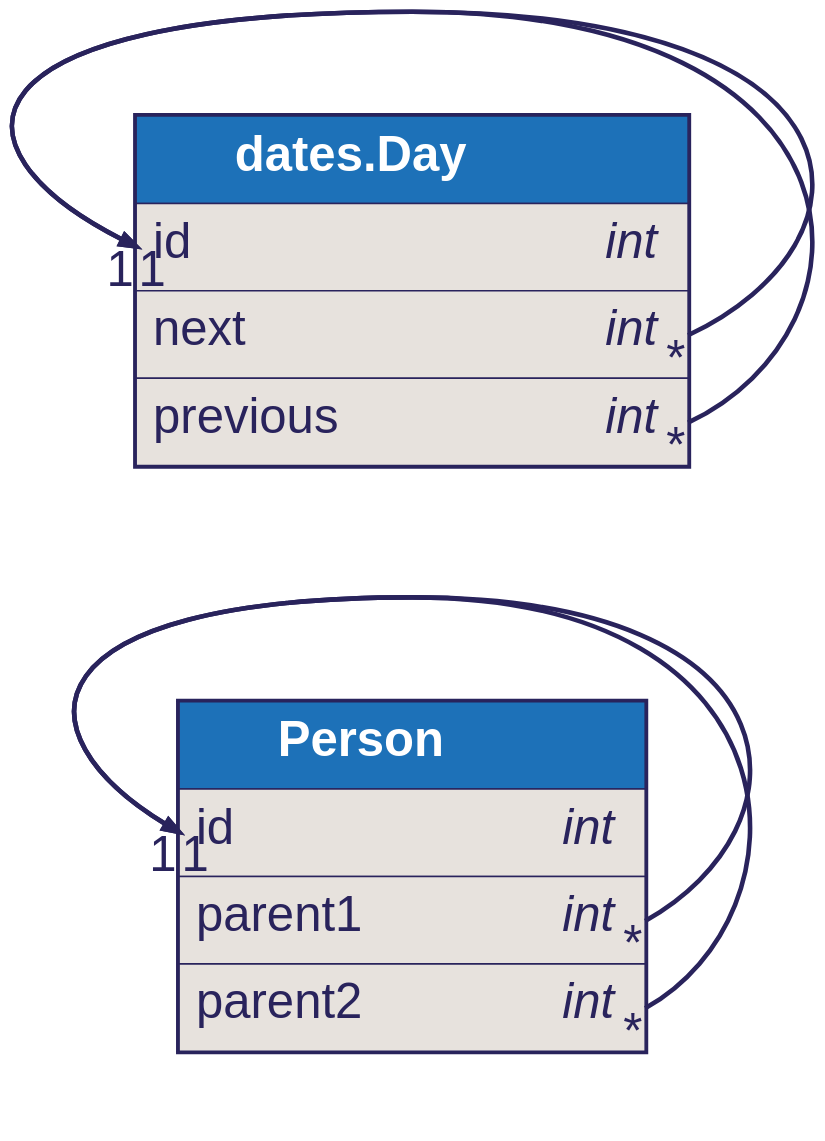
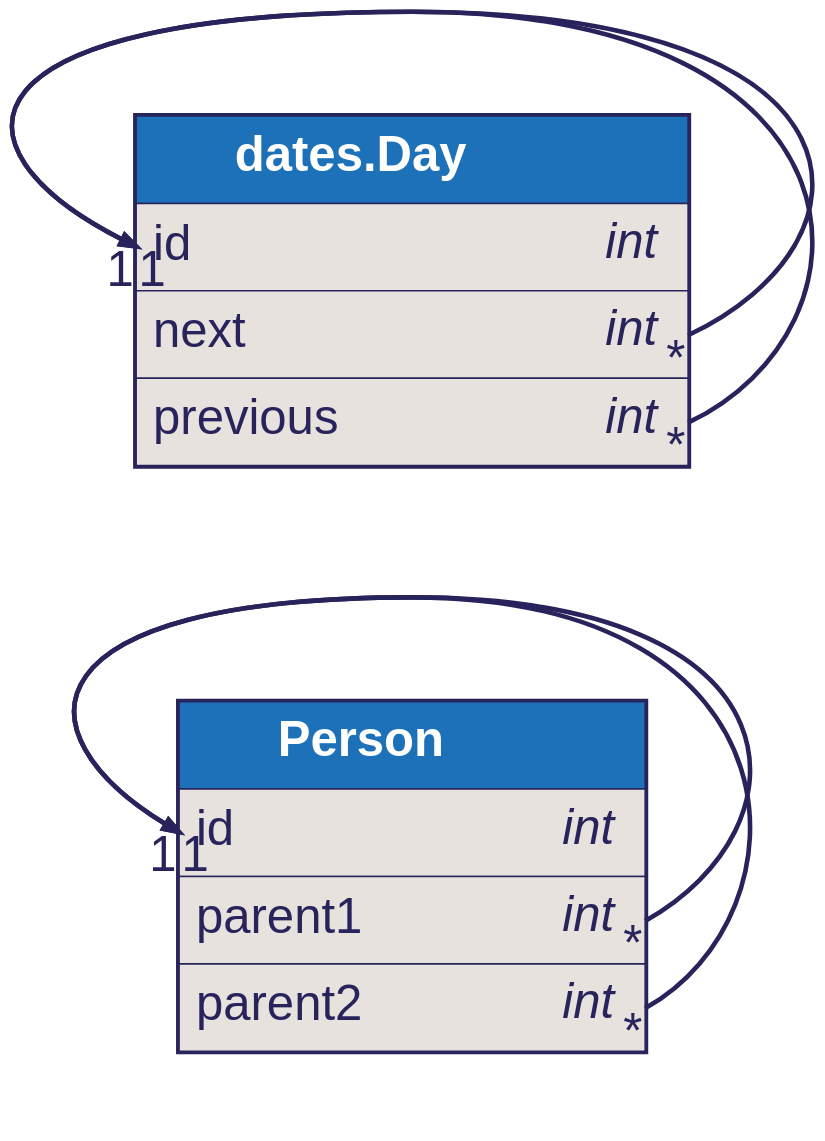
The diagram in examples/aliases.dbml.dot (softwaretechnik-berlin/dbml-renderer), drawn with Graphviz before and after one commit. The commit also changed 32 other files, not shown here.

```diff
--- a/examples/aliases.dbml.dot
+++ b/examples/aliases.dbml.dot
@@ -1,72 +1,72 @@
 digraph dbml {
       rankdir=LR;
       graph [fontname="helvetica", fontsize=32, fontcolor="#29235c", bgcolor="transparent"];
       node [penwidth=0, margin=0, fontname="helvetica", fontsize=32, fontcolor="#29235c"];
       edge [fontname="helvetica", fontsize=32, fontcolor="#29235c", color="#29235c"];
 
       
       
-      "Person" [id="Person";label=<<TABLE BORDER="2" COLOR="#29235c" CELLBORDER="1" CELLSPACING="0" CELLPADDING="10" >
-      <TR><TD PORT="f0" BGCOLOR="#1d71b8"><font color="#ffffff"><B>       Person       </B></font></TD></TR>
-<TR><TD ALIGN="left" PORT="f1" BGCOLOR="#e7e2dd">
+      "Person" [id="Person";label=<<TABLE BORDER="2" COLOR="#29235c" CELLBORDER="1" CELLSPACING="0" CELLPADDING="10">
+      <TR><TD PORT="f0" BGCOLOR="#1d71b8"><FONT COLOR="#ffffff"><B>       Person       </B></FONT></TD></TR>
+<TR><TD ALIGN="LEFT" PORT="f1" BGCOLOR="#e7e2dd">
       <TABLE CELLPADDING="0" CELLSPACING="0" BORDER="0">
         <TR>
-          <TD ALIGN="LEFT">id<FONT>    </FONT></TD>
-          <TD ALIGN="RIGHT"><font><i>int</i></font></TD>
+          <TD ALIGN="LEFT">id    </TD>
+          <TD ALIGN="RIGHT"><FONT><I>int</I></FONT></TD>
         </TR>
       </TABLE>
     </TD></TR>
-<TR><TD ALIGN="left" PORT="f2" BGCOLOR="#e7e2dd">
+<TR><TD ALIGN="LEFT" PORT="f2" BGCOLOR="#e7e2dd">
       <TABLE CELLPADDING="0" CELLSPACING="0" BORDER="0">
         <TR>
-          <TD ALIGN="LEFT">parent1<FONT>    </FONT></TD>
-          <TD ALIGN="RIGHT"><font><i>int</i></font></TD>
+          <TD ALIGN="LEFT">parent1    </TD>
+          <TD ALIGN="RIGHT"><FONT><I>int</I></FONT></TD>
         </TR>
       </TABLE>
     </TD></TR>
-<TR><TD ALIGN="left" PORT="f3" BGCOLOR="#e7e2dd">
+<TR><TD ALIGN="LEFT" PORT="f3" BGCOLOR="#e7e2dd">
       <TABLE CELLPADDING="0" CELLSPACING="0" BORDER="0">
         <TR>
-          <TD ALIGN="LEFT">parent2<FONT>    </FONT></TD>
-          <TD ALIGN="RIGHT"><font><i>int</i></font></TD>
+          <TD ALIGN="LEFT">parent2    </TD>
+          <TD ALIGN="RIGHT"><FONT><I>int</I></FONT></TD>
         </TR>
       </TABLE>
     </TD></TR>
     </TABLE>>];
-"dates.Day" [id="dates.Day";label=<<TABLE BORDER="2" COLOR="#29235c" CELLBORDER="1" CELLSPACING="0" CELLPADDING="10" >
-      <TR><TD PORT="f0" BGCOLOR="#1d71b8"><font color="#ffffff"><B>       dates.Day       </B></font></TD></TR>
-<TR><TD ALIGN="left" PORT="f1" BGCOLOR="#e7e2dd">
+"dates.Day" [id="dates.Day";label=<<TABLE BORDER="2" COLOR="#29235c" CELLBORDER="1" CELLSPACING="0" CELLPADDING="10">
+      <TR><TD PORT="f0" BGCOLOR="#1d71b8"><FONT COLOR="#ffffff"><B>       dates.Day       </B></FONT></TD></TR>
+<TR><TD ALIGN="LEFT" PORT="f1" BGCOLOR="#e7e2dd">
       <TABLE CELLPADDING="0" CELLSPACING="0" BORDER="0">
         <TR>
-          <TD ALIGN="LEFT">id<FONT>    </FONT></TD>
-          <TD ALIGN="RIGHT"><font><i>int</i></font></TD>
+          <TD ALIGN="LEFT">id    </TD>
+          <TD ALIGN="RIGHT"><FONT><I>int</I></FONT></TD>
         </TR>
       </TABLE>
     </TD></TR>
-<TR><TD ALIGN="left" PORT="f2" BGCOLOR="#e7e2dd">
+<TR><TD ALIGN="LEFT" PORT="f2" BGCOLOR="#e7e2dd">
       <TABLE CELLPADDING="0" CELLSPACING="0" BORDER="0">
         <TR>
-          <TD ALIGN="LEFT">next<FONT>    </FONT></TD>
-          <TD ALIGN="RIGHT"><font><i>int</i></font></TD>
+          <TD ALIGN="LEFT">next    </TD>
+          <TD ALIGN="RIGHT"><FONT><I>int</I></FONT></TD>
         </TR>
       </TABLE>
     </TD></TR>
-<TR><TD ALIGN="left" PORT="f3" BGCOLOR="#e7e2dd">
+<TR><TD ALIGN="LEFT" PORT="f3" BGCOLOR="#e7e2dd">
       <TABLE CELLPADDING="0" CELLSPACING="0" BORDER="0">
         <TR>
-          <TD ALIGN="LEFT">previous<FONT>    </FONT></TD>
-          <TD ALIGN="RIGHT"><font><i>int</i></font></TD>
+          <TD ALIGN="LEFT">previous    </TD>
+          <TD ALIGN="RIGHT"><FONT><I>int</I></FONT></TD>
         </TR>
       </TABLE>
     </TD></TR>
     </TABLE>>];
       "Person":f0 -> "Person":f0 [style=invis, weight=100, color=red]
     "Person":f2:e -> "Person":f1:w [penwidth=3, color="#29235c", headlabel="1", taillabel="*", arrowhead="normal", arrowtail="none"]
 "Person":f0 -> "Person":f0 [style=invis, weight=100, color=red]
     "Person":f3:e -> "Person":f1:w [penwidth=3, color="#29235c", headlabel="1", taillabel="*", arrowhead="normal", arrowtail="none"]
 "dates.Day":f0 -> "dates.Day":f0 [style=invis, weight=100, color=red]
     "dates.Day":f2:e -> "dates.Day":f1:w [penwidth=3, color="#29235c", headlabel="1", taillabel="*", arrowhead="normal", arrowtail="none"]
 "dates.Day":f0 -> "dates.Day":f0 [style=invis, weight=100, color=red]
     "dates.Day":f3:e -> "dates.Day":f1:w [penwidth=3, color="#29235c", headlabel="1", taillabel="*", arrowhead="normal", arrowtail="none"]
       
     }
```
